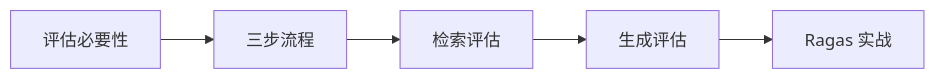
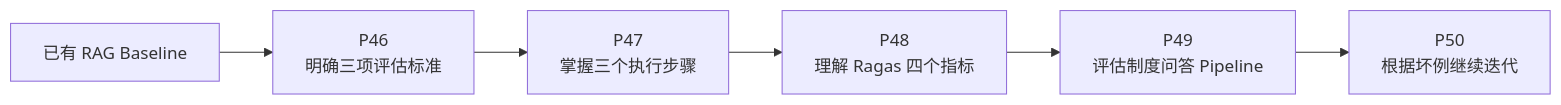
One commit to luyunix/rag_study changed the diagram in notes/08-evaluation/p045-RAG-评估-本章导学.md. Above: the diagram before and after it, drawn with Mermaid. The commit also changed other lines of this file and 25 other files, not shown here.

````diff
--- a/notes/08-evaluation/p045-RAG-评估-本章导学.md
+++ b/notes/08-evaluation/p045-RAG-评估-本章导学.md
@@ -17,12 +18,8 @@
 ```mermaid
 flowchart LR
-    N0["评估必要性"]
-    N1["三步流程"]
-    N2["检索评估"]
-    N3["生成评估"]
-    N4["Ragas 实战"]
-    N0 --> N1
-    N1 --> N2
-    N2 --> N3
-    N3 --> N4
+    B["已有 RAG Baseline"] --> S["P46<br/>明确三项评估标准"]
+    S --> P["P47<br/>掌握三个执行步骤"]
+    P --> R["P48<br/>理解 Ragas 四个指标"]
+    R --> E["P49<br/>评估制度问答 Pipeline"]
+    E --> I["P50<br/>根据坏例继续迭代"]
 ```
````
